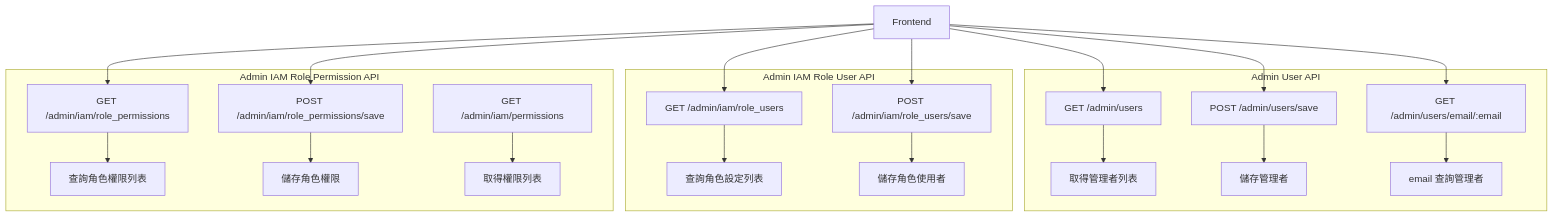
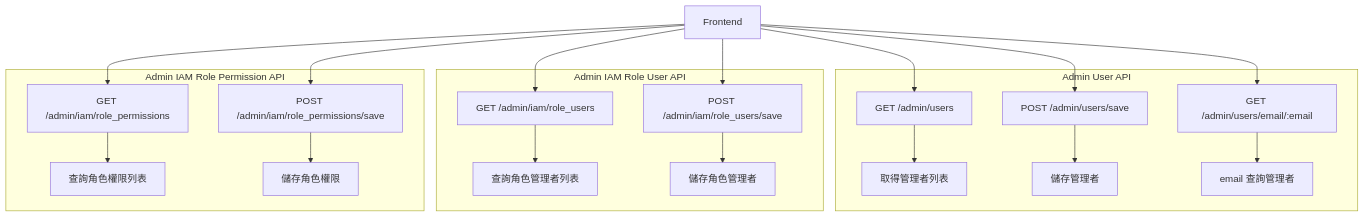
Before and after one commit to harry-tsai/notebook: the first of 3 diagrams in api/design/permission_management/README.md, drawn with Mermaid. The commit also changed other lines of this file, not shown here.

Commit message:
更新 API 文檔，調整角色管理者相關描述，並新增角色設定頁面的序列圖

````diff
--- a/api/design/permission_management/README.md
+++ b/api/design/permission_management/README.md
@@ -9,30 +9,29 @@
 ```mermaid
 graph TD
     A[Frontend]
     subgraph Admin User API
         BA[GET /admin/users] --> BB[取得管理者列表]
         BC[POST /admin/users/save] --> BD[儲存管理者]
         BE[GET /admin/users/email/:email] --> BF[email 查詢管理者]
     end
 
     A --> BA
     A --> BC
     A --> BE
 
     subgraph Admin IAM Role User API
-        CA[GET /admin/iam/role_users] --> CB[查詢角色設定列表]
-        CC[POST /admin/iam/role_users/save] --> CD[儲存角色使用者]
+        CA[GET /admin/iam/role_users] --> CB[查詢角色管理者列表]
+        CC[POST /admin/iam/role_users/save] --> CD[儲存角色管理者]
     end
 
     A --> CA
     A --> CC
 
     subgraph Admin IAM Role Permission API
         DA[GET /admin/iam/role_permissions] --> DB[查詢角色權限列表]
         DC[POST /admin/iam/role_permissions/save] --> DD[儲存角色權限]
-        DE[GET /admin/iam/permissions] --> DF[取得權限列表]
     end
 
     A --> DA
     A --> DC
 ```
````
